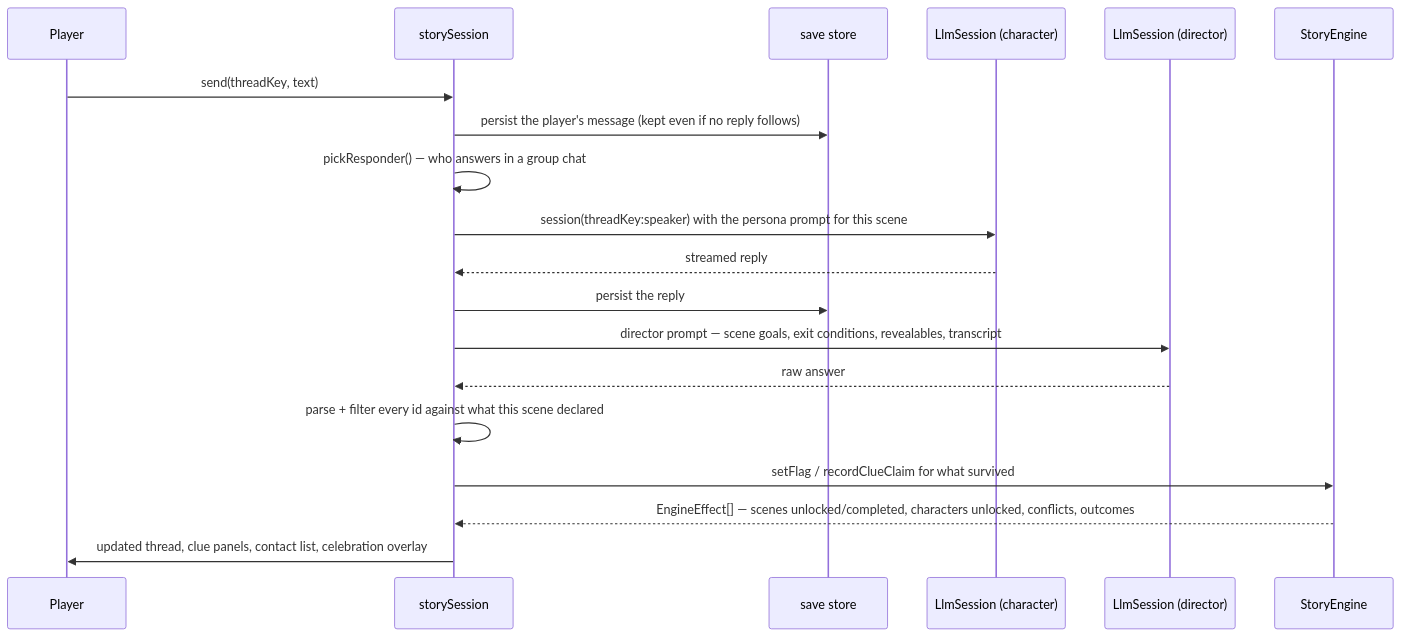
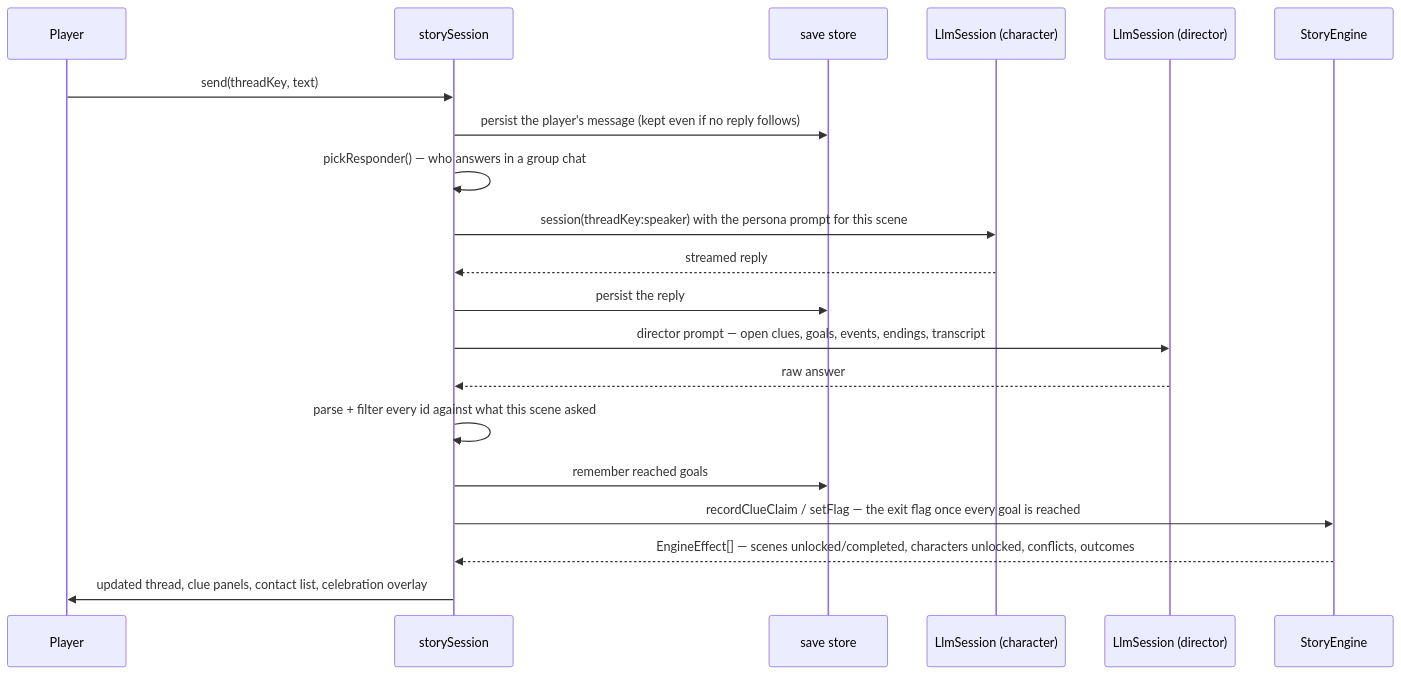
Before and after one commit to justb81/riddlon: the third of 5 diagrams in docs/arc42/06-runtime-view.md, drawn with Mermaid. The commit also changed other lines of this file and 17 other files, not shown here.

````diff
--- a/docs/arc42/06-runtime-view.md
+++ b/docs/arc42/06-runtime-view.md
@@ -90,22 +90,23 @@
 ```mermaid
 sequenceDiagram
     participant P as Player
     participant S as storySession
     participant Save as save store
     participant Llm as LlmSession (character)
     participant Dir as LlmSession (director)
     participant Eng as StoryEngine
 
     P->>S: send(threadKey, text)
     S->>Save: persist the player's message (kept even if no reply follows)
     S->>S: pickResponder() — who answers in a group chat
     S->>Llm: session(threadKey:speaker) with the persona prompt for this scene
     Llm-->>S: streamed reply
     S->>Save: persist the reply
-    S->>Dir: director prompt — scene goals, exit conditions, revealables, transcript
+    S->>Dir: director prompt — open clues, goals, events, endings, transcript
     Dir-->>S: raw answer
-    S->>S: parse + filter every id against what this scene declared
-    S->>Eng: setFlag / recordClueClaim for what survived
+    S->>S: parse + filter every id against what this scene asked
+    S->>Save: remember reached goals
+    S->>Eng: recordClueClaim / setFlag — the exit flag once every goal is reached
     Eng-->>S: EngineEffect[] — scenes unlocked/completed, characters unlocked, conflicts, outcomes
     S->>P: updated thread, clue panels, contact list, celebration overlay
 ```
````
